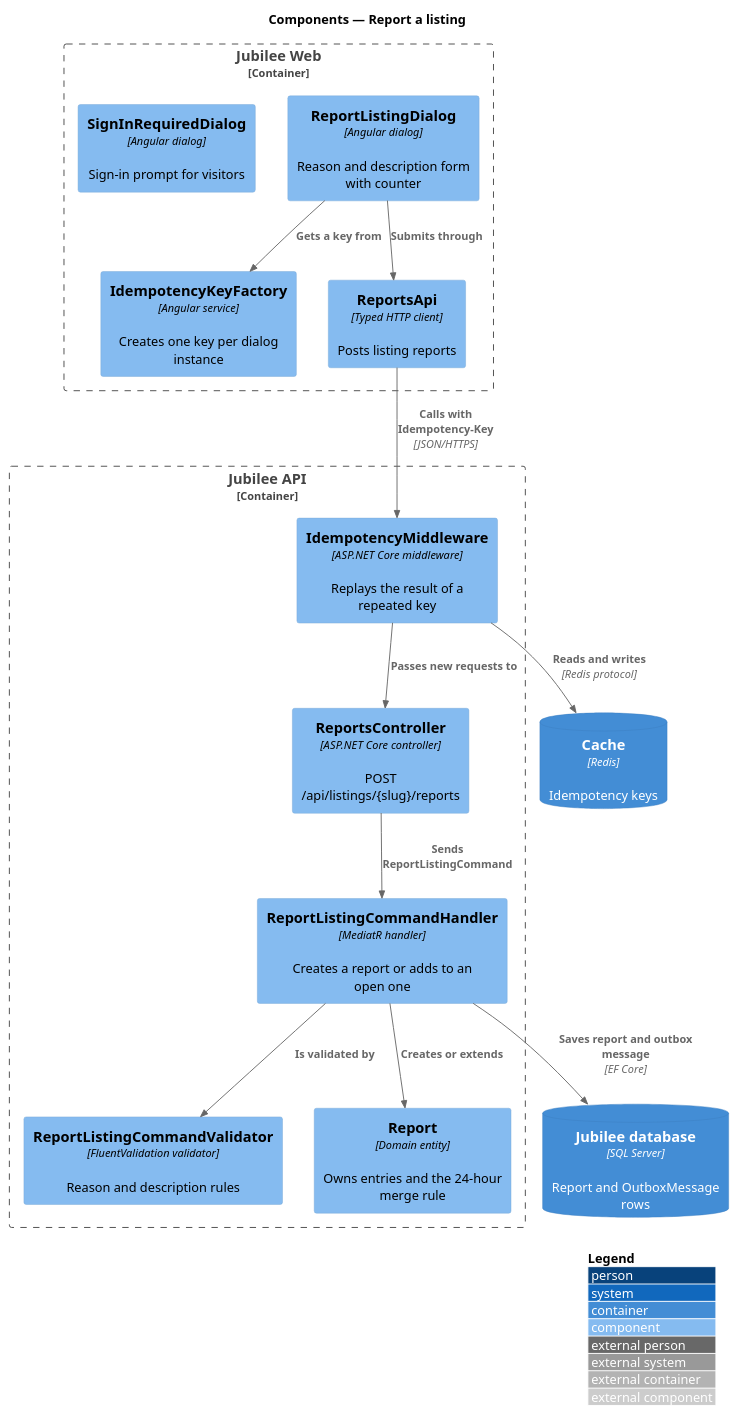
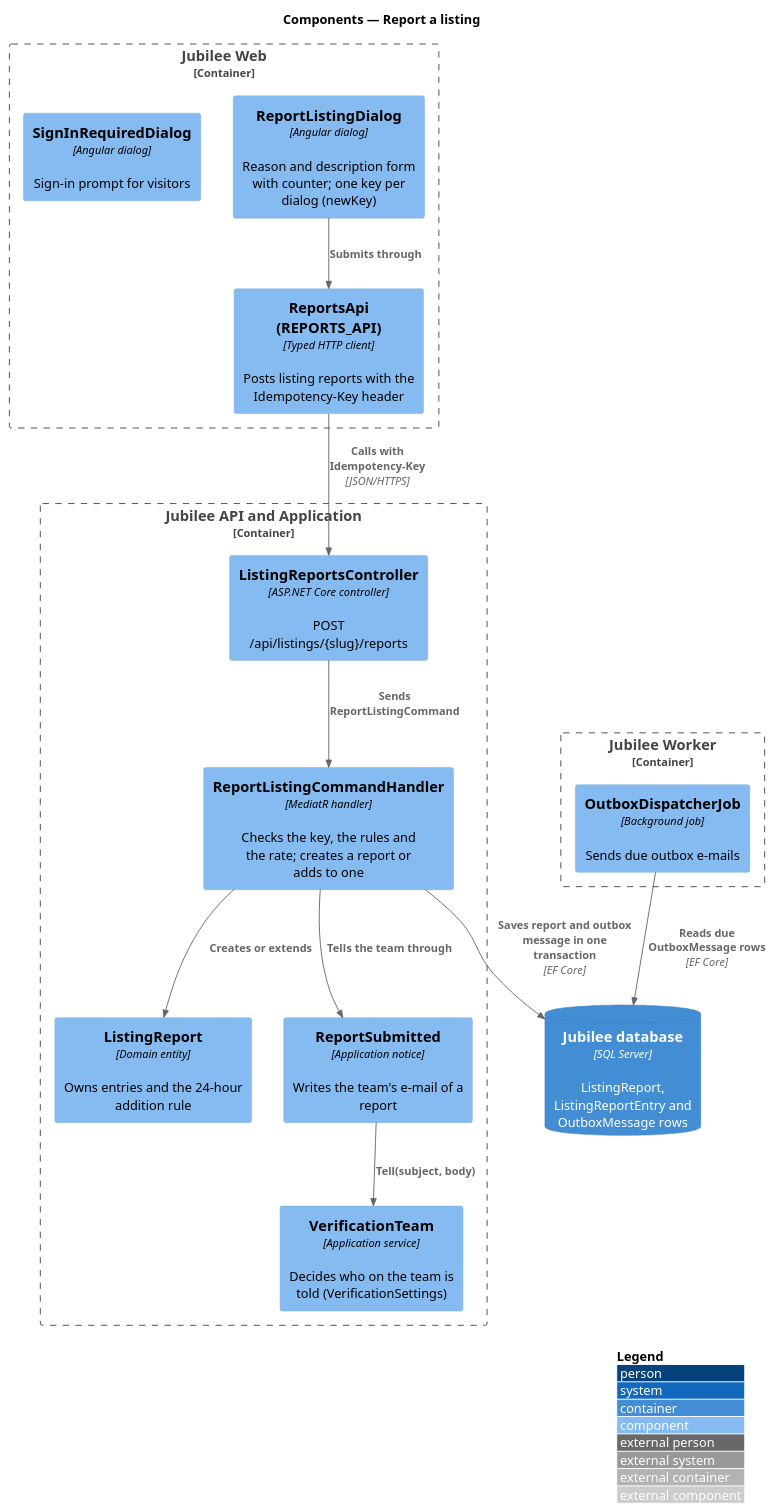
Before and after one commit to QuinntyneBrown/jubilee: the diagram in docs/detailed-designs/listings/report-listing/diagrams/c4-component.puml, drawn with PlantUML. The commit also changed 25 other files, not shown here.

First line of the commit message:
Requirements, designs and ADR 0055 for finishing journey 21: crawler routing of shared links, og-image.png, and the team's e-mail of a report

```diff
--- a/docs/detailed-designs/listings/report-listing/diagrams/c4-component.puml
+++ b/docs/detailed-designs/listings/report-listing/diagrams/c4-component.puml
@@ -1,31 +1,31 @@
 @startuml
 !include <C4/C4_Component>
 LAYOUT_WITH_LEGEND()
 title Components — Report a listing
 
 Container_Boundary(web, "Jubilee Web") {
-  Component(dialog, "ReportListingDialog", "Angular dialog", "Reason and description form with counter")
+  Component(dialog, "ReportListingDialog", "Angular dialog", "Reason and description form with counter; one key per dialog (newKey)")
   Component(signin, "SignInRequiredDialog", "Angular dialog", "Sign-in prompt for visitors")
-  Component(keys, "IdempotencyKeyFactory", "Angular service", "Creates one key per dialog instance")
-  Component(client, "ReportsApi", "Typed HTTP client", "Posts listing reports")
+  Component(client, "ReportsApi (REPORTS_API)", "Typed HTTP client", "Posts listing reports with the Idempotency-Key header")
 }
-Container_Boundary(api, "Jubilee API") {
-  Component(idem, "IdempotencyMiddleware", "ASP.NET Core middleware", "Replays the result of a repeated key")
-  Component(ctrl, "ReportsController", "ASP.NET Core controller", "POST /api/listings/{slug}/reports")
-  Component(validator, "ReportListingCommandValidator", "FluentValidation validator", "Reason and description rules")
-  Component(handler, "ReportListingCommandHandler", "MediatR handler", "Creates a report or adds to an open one")
-  Component(report, "Report", "Domain entity", "Owns entries and the 24-hour merge rule")
+Container_Boundary(api, "Jubilee API and Application") {
+  Component(ctrl, "ListingReportsController", "ASP.NET Core controller", "POST /api/listings/{slug}/reports")
+  Component(handler, "ReportListingCommandHandler", "MediatR handler", "Checks the key, the rules and the rate; creates a report or adds to one")
+  Component(report, "ListingReport", "Domain entity", "Owns entries and the 24-hour addition rule")
+  Component(notice, "ReportSubmitted", "Application notice", "Writes the team's e-mail of a report")
+  Component(team, "VerificationTeam", "Application service", "Decides who on the team is told (VerificationSettings)")
 }
-ContainerDb(cache, "Cache", "Redis", "Idempotency keys")
-ContainerDb(db, "Jubilee database", "SQL Server", "Report and OutboxMessage rows")
+Container_Boundary(worker, "Jubilee Worker") {
+  Component(job, "OutboxDispatcherJob", "Background job", "Sends due outbox e-mails")
+}
+ContainerDb(db, "Jubilee database", "SQL Server", "ListingReport, ListingReportEntry and OutboxMessage rows")
 
-Rel(dialog, keys, "Gets a key from")
 Rel(dialog, client, "Submits through")
-Rel(client, idem, "Calls with Idempotency-Key", "JSON/HTTPS")
-Rel(idem, cache, "Reads and writes", "Redis protocol")
-Rel(idem, ctrl, "Passes new requests to")
+Rel(client, ctrl, "Calls with Idempotency-Key", "JSON/HTTPS")
 Rel(ctrl, handler, "Sends ReportListingCommand")
-Rel(handler, validator, "Is validated by")
 Rel(handler, report, "Creates or extends")
-Rel(handler, db, "Saves report and outbox message", "EF Core")
+Rel(handler, notice, "Tells the team through")
+Rel(notice, team, "Tell(subject, body)")
+Rel(handler, db, "Saves report and outbox message in one transaction", "EF Core")
+Rel(job, db, "Reads due OutboxMessage rows", "EF Core")
 @enduml
```
